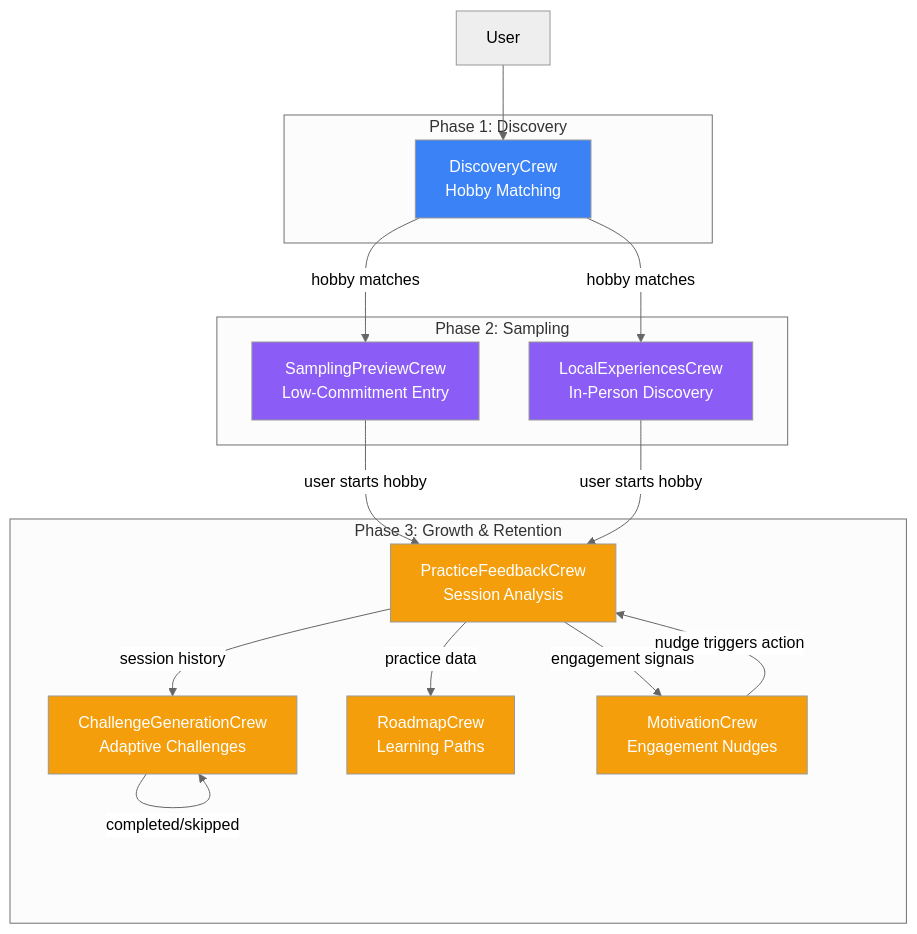
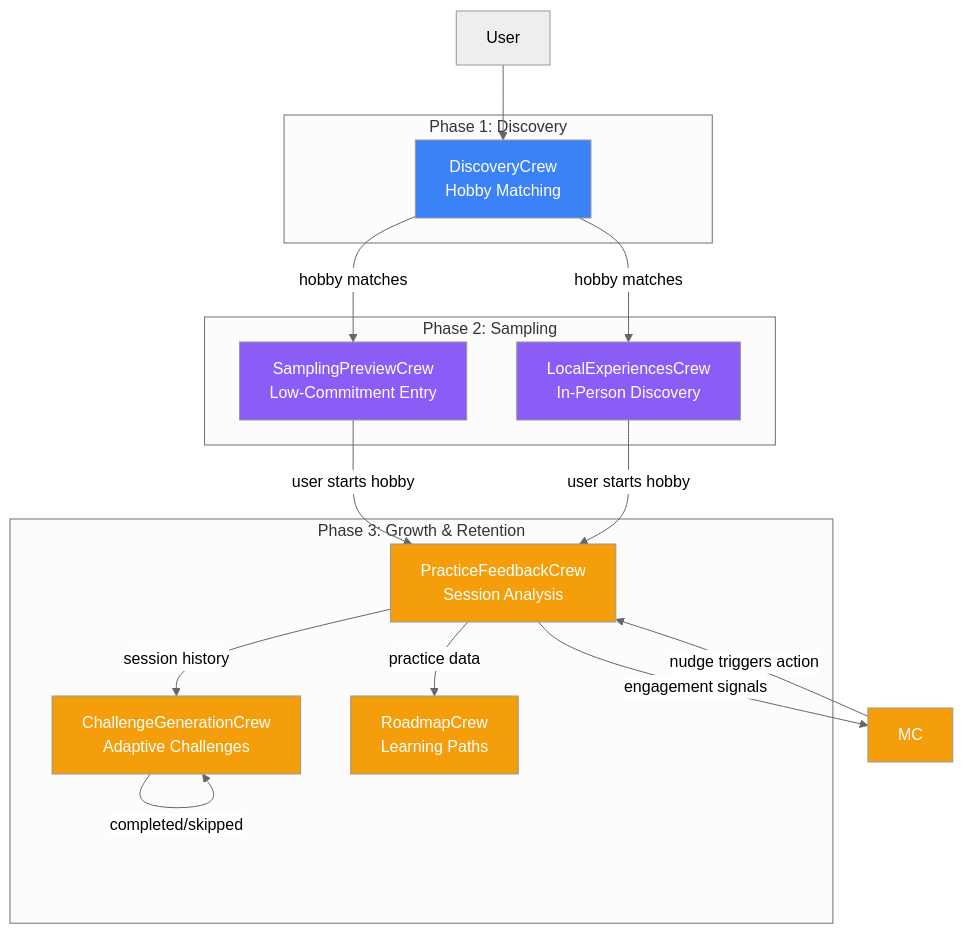
The second of 6 diagrams in README.md (Hiba-Chaabnia/Meraki), drawn with Mermaid (neutral theme) before and after one commit. The commit also changed other lines of this file and 12 other files, not shown here.

Commit message:
refactor(nudge): derive nudges from a rules table instead of a crew

````diff
--- a/README.md
+++ b/README.md
@@ -81,37 +79,36 @@
 ```mermaid
 graph TB
     subgraph "Phase 1: Discovery"
         DC["DiscoveryCrew\nHobby Matching"]
     end
 
     subgraph "Phase 2: Sampling"
         SPC["SamplingPreviewCrew\nLow-Commitment Entry"]
         LEC["LocalExperiencesCrew\nIn-Person Discovery"]
     end
 
     subgraph "Phase 3: Growth & Retention"
         PFC["PracticeFeedbackCrew\nSession Analysis"]
         CGC["ChallengeGenerationCrew\nAdaptive Challenges"]
         RC["RoadmapCrew\nLearning Paths"]
-        MC["MotivationCrew\nEngagement Nudges"]
     end
 
     User["User"] --> DC
     DC -->|"hobby matches"| SPC
     DC -->|"hobby matches"| LEC
     SPC -->|"user starts hobby"| PFC
     LEC -->|"user starts hobby"| PFC
     PFC -->|"session history"| CGC
     PFC -->|"practice data"| RC
     PFC -->|"engagement signals"| MC
     CGC -->|"completed/skipped"| CGC
     MC -->|"nudge triggers action"| PFC
 
     style DC fill:#3b82f6,color:#fff
     style SPC fill:#8b5cf6,color:#fff
     style LEC fill:#8b5cf6,color:#fff
     style PFC fill:#f59e0b,color:#fff
     style CGC fill:#f59e0b,color:#fff
     style RC fill:#f59e0b,color:#fff
     style MC fill:#f59e0b,color:#fff
 ```
````
